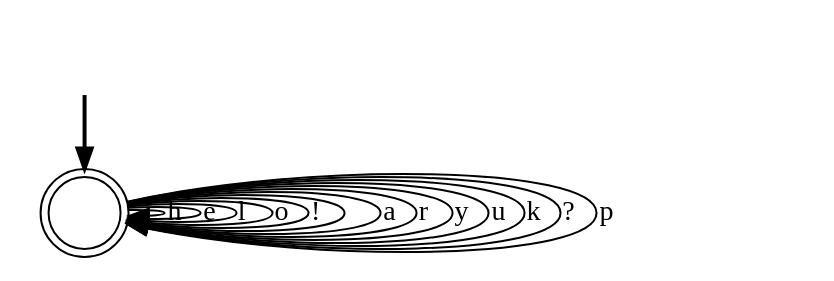
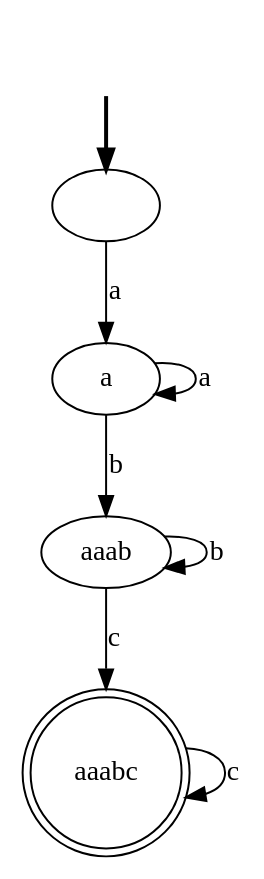
The diagram in dfa.dot (kimzheng7/RPNI), drawn with Graphviz before and after one commit. The commit also changed 8 other files, not shown here.

```diff
--- a/dfa.dot
+++ b/dfa.dot
@@ -1,18 +1,14 @@
 digraph {
 	fake [style=invisible]
-	"" [root=true shape=doublecircle]
+	"" [root=true]
+	a
+	aaab
+	aaabc [shape=doublecircle]
 	fake -> "" [style=bold]
-	"" -> "" [label=h]
-	"" -> "" [label=e]
-	"" -> "" [label=l]
-	"" -> "" [label=o]
-	"" -> "" [label="!"]
-	"" -> "" [label=" "]
-	"" -> "" [label=a]
-	"" -> "" [label=r]
-	"" -> "" [label=y]
-	"" -> "" [label=u]
-	"" -> "" [label=k]
-	"" -> "" [label="?"]
-	"" -> "" [label=p]
+	"" -> a [label=a]
+	a -> a [label=a]
+	a -> aaab [label=b]
+	aaab -> aaabc [label=c]
+	aaabc -> aaabc [label=c]
+	aaab -> aaab [label=b]
 }
```
